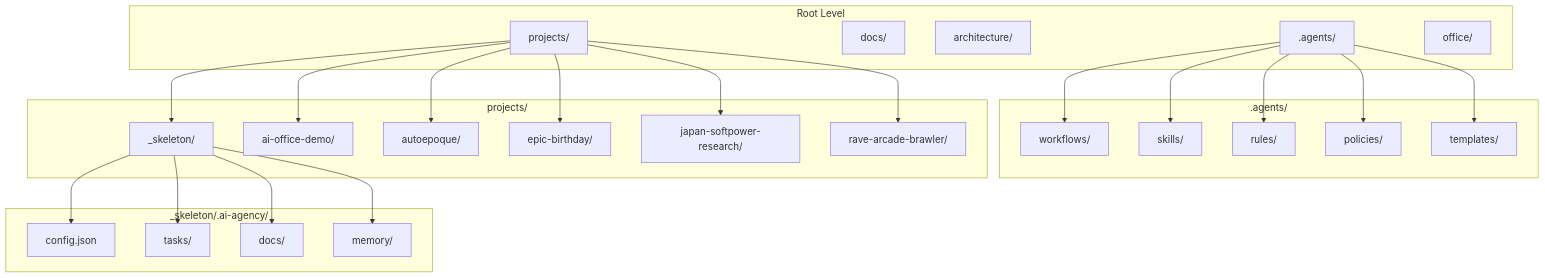
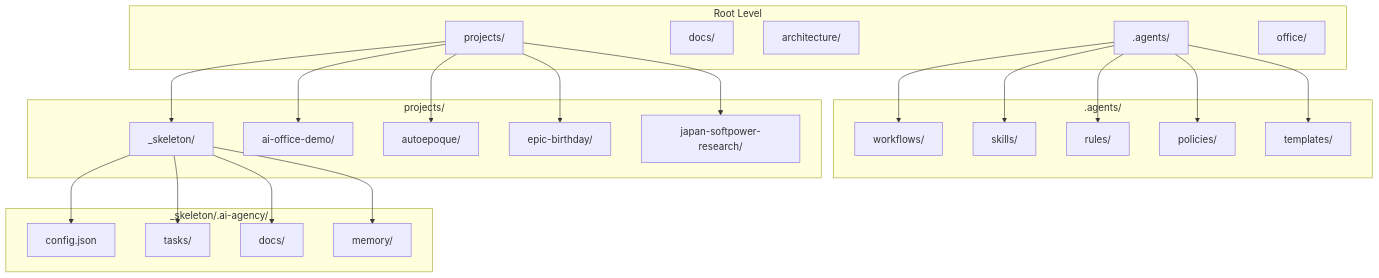
Before and after one commit to avalla/ai-office-for-windsurf: the first of 7 diagrams in FRAMEWORK_STATUS.md, drawn with Mermaid. The commit also changed other lines of this file and 8 other files, not shown here.

````diff
--- a/FRAMEWORK_STATUS.md
+++ b/FRAMEWORK_STATUS.md
@@ -10,38 +10,37 @@
 ```mermaid
 graph TB
     subgraph "Root Level"
         W[.agents/]
         D[docs/]
         A[architecture/]
         P[projects/]
         O[office/]
     end
-
+    
     subgraph ".agents/"
         W1[workflows/]
         W2[skills/]
         W3[rules/]
         W4[policies/]
         W5[templates/]
     end
-
+    
     subgraph "projects/"
         S[_skeleton/]
         PR1[ai-office-demo/]
         PR2[autoepoque/]
         PR3[epic-birthday/]
         PR4[japan-softpower-research/]
-        PR5[rave-arcade-brawler/]
     end
-
+    
     subgraph "_skeleton/.ai-agency/"
         C[config.json]
         T[tasks/]
         DOCS[docs/]
         MEM[memory/]
     end
-
+    
     W --> W1 & W2 & W3 & W4 & W5
-    P --> S & PR1 & PR2 & PR3 & PR4 & PR5
+    P --> S & PR1 & PR2 & PR3 & PR4
     S --> C & T & DOCS & MEM
 ```
````
